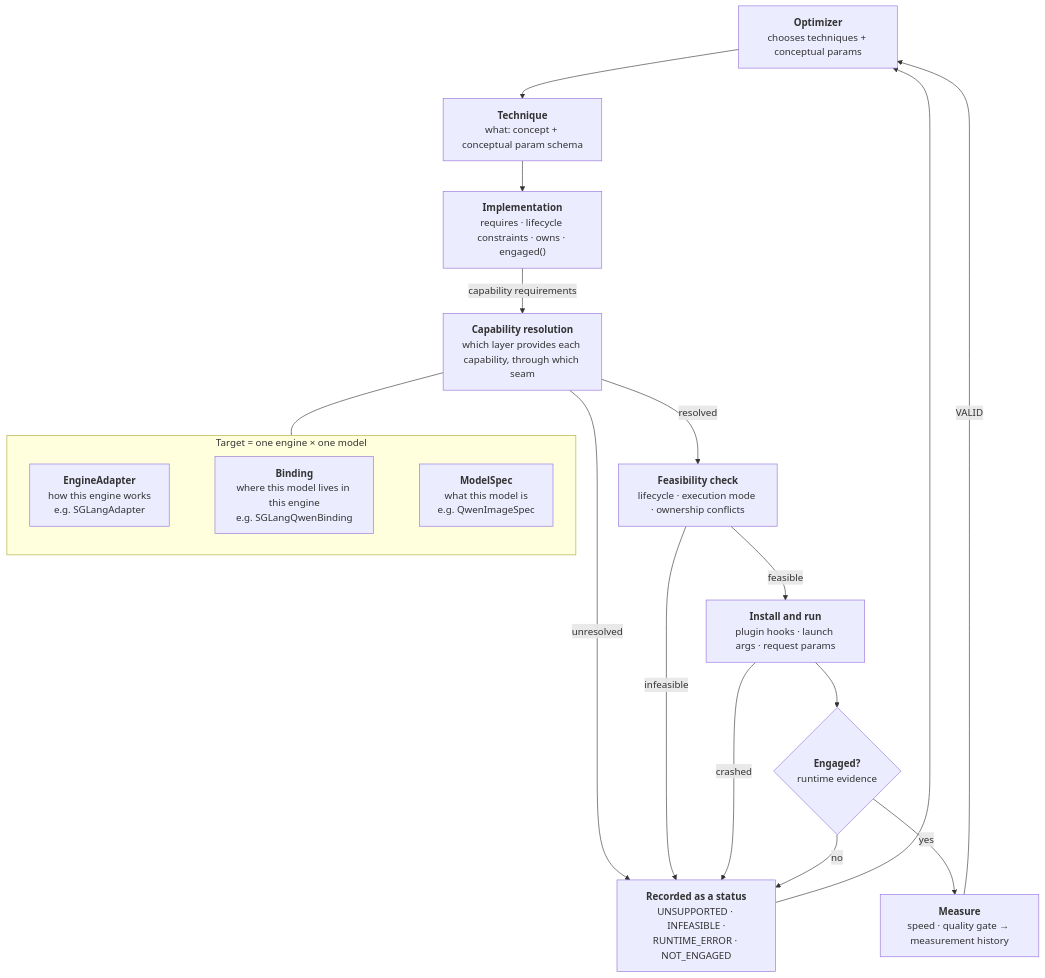
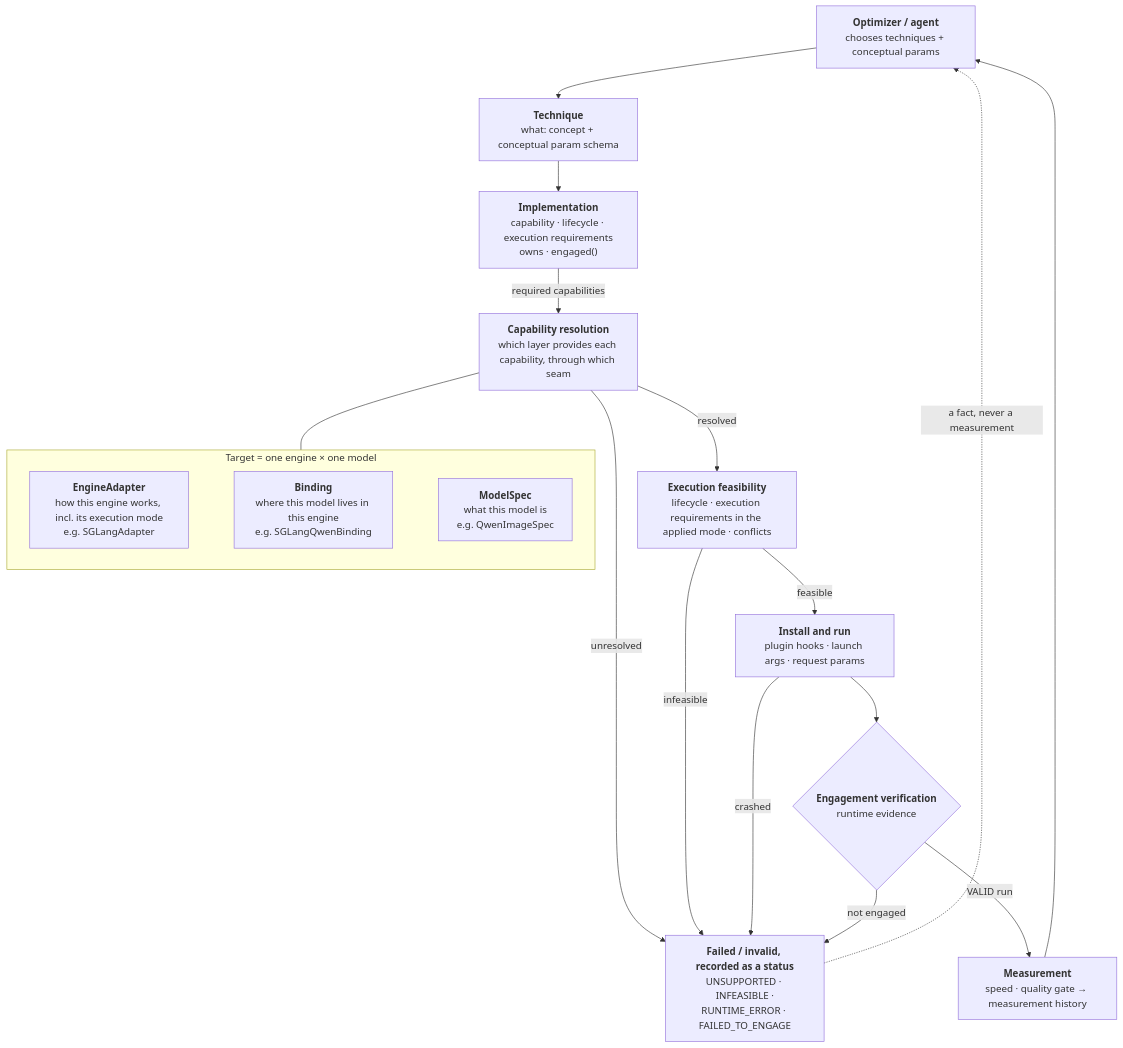
Before and after one commit to fractalyze/optimizer: the diagram in docs/architecture.md, drawn with Mermaid. The commit also changed other lines of this file and 7 other files, not shown here.

First line of the commit message:
docs: make execution feasibility and engagement stages every implementation passes

````diff
--- a/docs/architecture.md
+++ b/docs/architecture.md
@@ -37,29 +44,29 @@
 ```mermaid
 flowchart TB
-    OPT["<b>Optimizer</b><br/>chooses techniques + conceptual params"]
+    OPT["<b>Optimizer / agent</b><br/>chooses techniques + conceptual params"]
     TEC["<b>Technique</b><br/>what: concept + conceptual param schema"]
-    IMP["<b>Implementation</b><br/>requires · lifecycle constraints · owns · engaged()"]
+    IMP["<b>Implementation</b><br/>capability · lifecycle · execution requirements<br/>owns · engaged()"]
     RES["<b>Capability resolution</b><br/>which layer provides each capability, through which seam"]
     subgraph TGT["Target = one engine × one model"]
-        EA["<b>EngineAdapter</b><br/>how this engine works<br/>e.g. SGLangAdapter"]
+        EA["<b>EngineAdapter</b><br/>how this engine works, incl. its execution mode<br/>e.g. SGLangAdapter"]
         BD["<b>Binding</b><br/>where this model lives in this engine<br/>e.g. SGLangQwenBinding"]
         MS["<b>ModelSpec</b><br/>what this model is<br/>e.g. QwenImageSpec"]
         EA ~~~ BD ~~~ MS
     end
-    FEAS["<b>Feasibility check</b><br/>lifecycle · execution mode · ownership conflicts"]
+    FEAS["<b>Execution feasibility</b><br/>lifecycle · execution requirements in the applied mode · conflicts"]
     RUN["<b>Install and run</b><br/>plugin hooks · launch args · request params"]
-    ENG{"<b>Engaged?</b><br/>runtime evidence"}
-    MEAS["<b>Measure</b><br/>speed · quality gate → measurement history"]
-    BAD["<b>Recorded as a status</b><br/>UNSUPPORTED · INFEASIBLE ·<br/>RUNTIME_ERROR · NOT_ENGAGED"]
+    ENG{"<b>Engagement verification</b><br/>runtime evidence"}
+    MEAS["<b>Measurement</b><br/>speed · quality gate → measurement history"]
+    BAD["<b>Failed / invalid, recorded as a status</b><br/>UNSUPPORTED · INFEASIBLE ·<br/>RUNTIME_ERROR · FAILED_TO_ENGAGE"]
 
-    OPT --> TEC --> IMP -- "capability requirements" --> RES
+    OPT --> TEC --> IMP -- "required capabilities" --> RES
     RES --- TGT
     RES -- resolved --> FEAS
     FEAS -- feasible --> RUN --> ENG
-    ENG -- yes --> MEAS -- VALID --> OPT
+    ENG -- "VALID run" --> MEAS --> OPT
     RES -- unresolved --> BAD
     FEAS -- infeasible --> BAD
     RUN -- crashed --> BAD
-    ENG -- no --> BAD
-    BAD --> OPT
+    ENG -- "not engaged" --> BAD
+    BAD -. "a fact, never a measurement" .-> OPT
 ```
````
